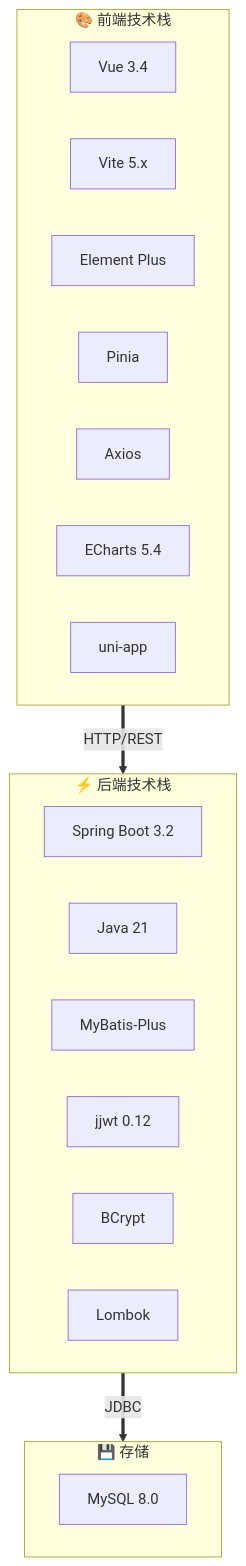
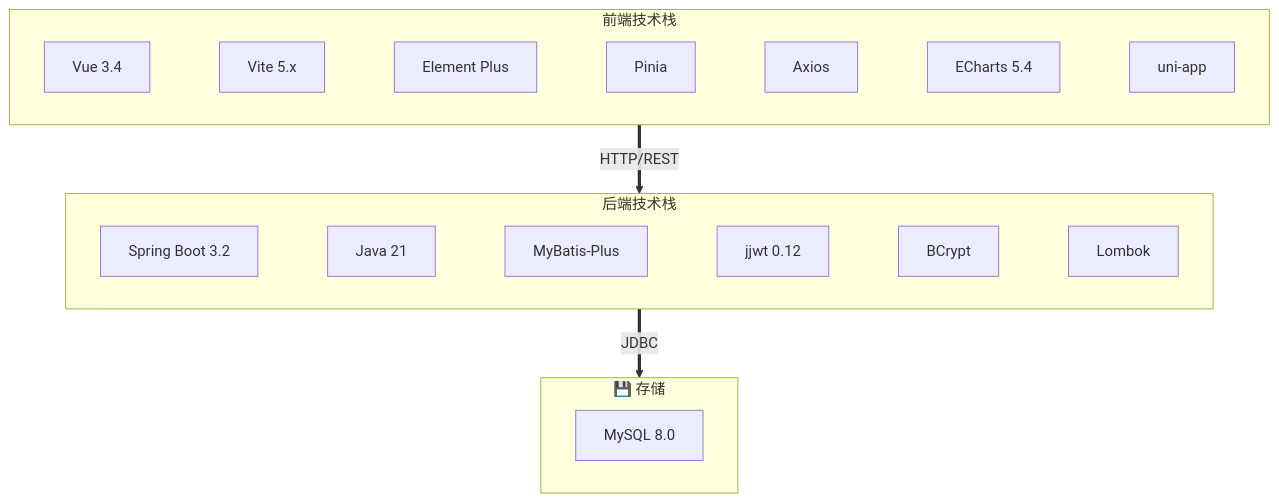
The second of 11 diagrams in README.md (Shen-coderhorse/xiantao), drawn with Mermaid before and after one commit.

Commit message:
refactor: 修复技术栈图 - subgraph 内部横向排列

````diff
--- a/README.md
+++ b/README.md
@@ -131,28 +131,17 @@
 ```mermaid
-flowchart TD
-    subgraph Frontend["🎨 前端技术栈"]
-        F1["Vue 3.4"]
-        F2["Vite 5.x"]
-        F3["Element Plus"]
-        F4["Pinia"]
-        F5["Axios"]
-        F6["ECharts 5.4"]
-        F7["uni-app"]
+flowchart TB
+    subgraph Frontend[" 前端技术栈"]
+        F1["Vue 3.4"] ~~~ F2["Vite 5.x"] ~~~ F3["Element Plus"] ~~~ F4["Pinia"] ~~~ F5["Axios"] ~~~ F6["ECharts 5.4"] ~~~ F7["uni-app"]
     end
 
-    subgraph Backend["⚡ 后端技术栈"]
-        B1["Spring Boot 3.2"]
-        B2["Java 21"]
-        B3["MyBatis-Plus"]
-        B4["jjwt 0.12"]
-        B5["BCrypt"]
-        B6["Lombok"]
+    subgraph Backend[" 后端技术栈"]
+        B1["Spring Boot 3.2"] ~~~ B2["Java 21"] ~~~ B3["MyBatis-Plus"] ~~~ B4["jjwt 0.12"] ~~~ B5["BCrypt"] ~~~ B6["Lombok"]
     end
 
     subgraph Storage["💾 存储"]
         S1["MySQL 8.0"]
     end
 
     Frontend ==>|HTTP/REST| Backend
     Backend ==>|JDBC| Storage
 ```
````
